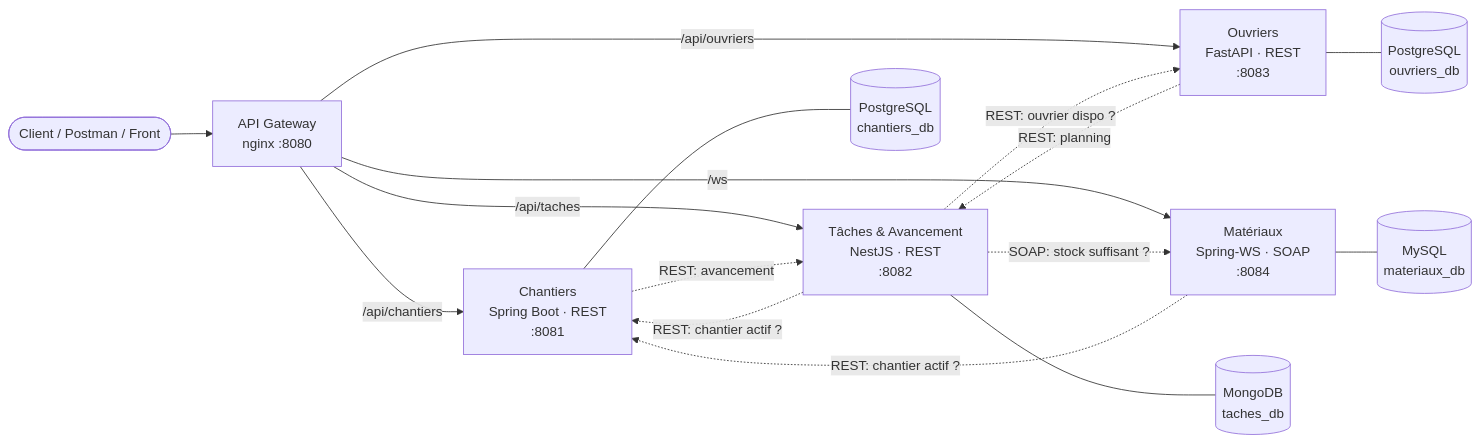
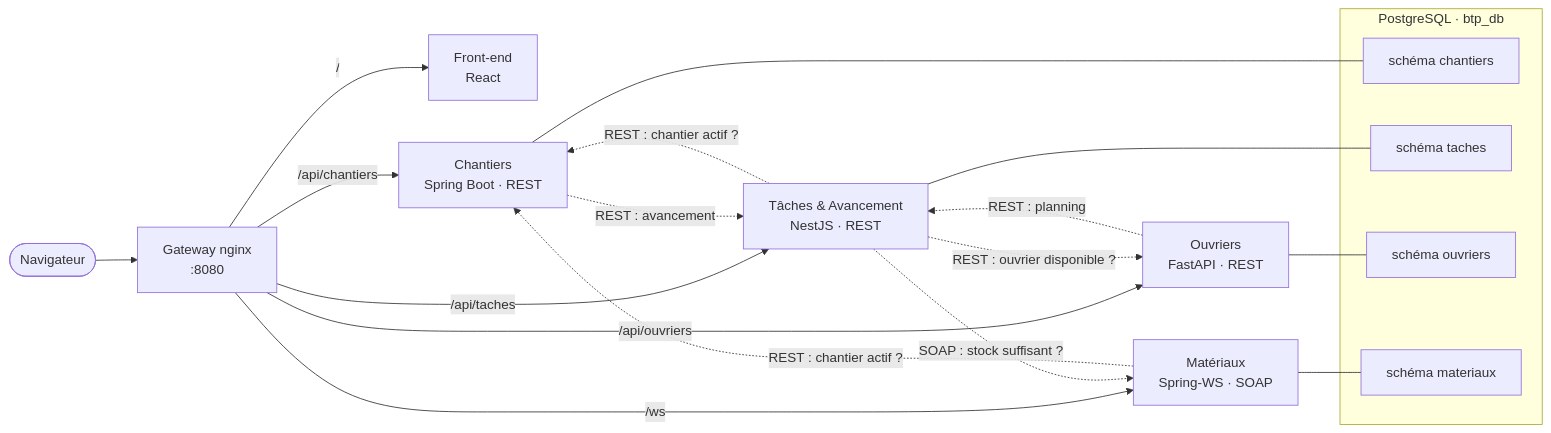
One commit to MohamedOuijjane/btp-chantiers changed the diagram in README.md. Above: the diagram before and after it, drawn with Mermaid. The commit also changed other lines of this file, not shown here.

````diff
--- a/README.md
+++ b/README.md
@@ -16,21 +34,28 @@
 ```mermaid
 flowchart LR
-    client([Client / Postman / Front]) --> gw[API Gateway<br/>nginx :8080]
+    nav([Navigateur]) --> gw[Gateway nginx<br/>:8080]
 
-    gw -->|/api/chantiers| CH[Chantiers<br/>Spring Boot · REST<br/>:8081]
-    gw -->|/api/taches| TA[Tâches & Avancement<br/>NestJS · REST<br/>:8082]
-    gw -->|/api/ouvriers| OU[Ouvriers<br/>FastAPI · REST<br/>:8083]
-    gw -->|/ws| MA[Matériaux<br/>Spring-WS · SOAP<br/>:8084]
+    gw -->|/| FE[Front-end<br/>React]
+    gw -->|/api/chantiers| CH[Chantiers<br/>Spring Boot · REST]
+    gw -->|/api/taches| TA[Tâches & Avancement<br/>NestJS · REST]
+    gw -->|/api/ouvriers| OU[Ouvriers<br/>FastAPI · REST]
+    gw -->|/ws| MA[Matériaux<br/>Spring-WS · SOAP]
 
-    CH -. REST: avancement .-> TA
-    TA -. REST: chantier actif ? .-> CH
-    TA -. REST: ouvrier dispo ? .-> OU
-    TA -. SOAP: stock suffisant ? .-> MA
-    OU -. REST: planning .-> TA
-    MA -. REST: chantier actif ? .-> CH
+    CH -. REST : avancement .-> TA
+    TA -. REST : chantier actif ? .-> CH
+    TA -. REST : ouvrier disponible ? .-> OU
+    TA -. SOAP : stock suffisant ? .-> MA
+    OU -. REST : planning .-> TA
+    MA -. REST : chantier actif ? .-> CH
 
-    CH --- pg1[(PostgreSQL<br/>chantiers_db)]
-    OU --- pg2[(PostgreSQL<br/>ouvriers_db)]
-    TA --- mg[(MongoDB<br/>taches_db)]
-    MA --- my[(MySQL<br/>materiaux_db)]
+    subgraph db["PostgreSQL · btp_db"]
+      s1[schéma chantiers]
+      s2[schéma taches]
+      s3[schéma ouvriers]
+      s4[schéma materiaux]
+    end
+    CH --- s1
+    TA --- s2
+    OU --- s3
+    MA --- s4
 ```
````
